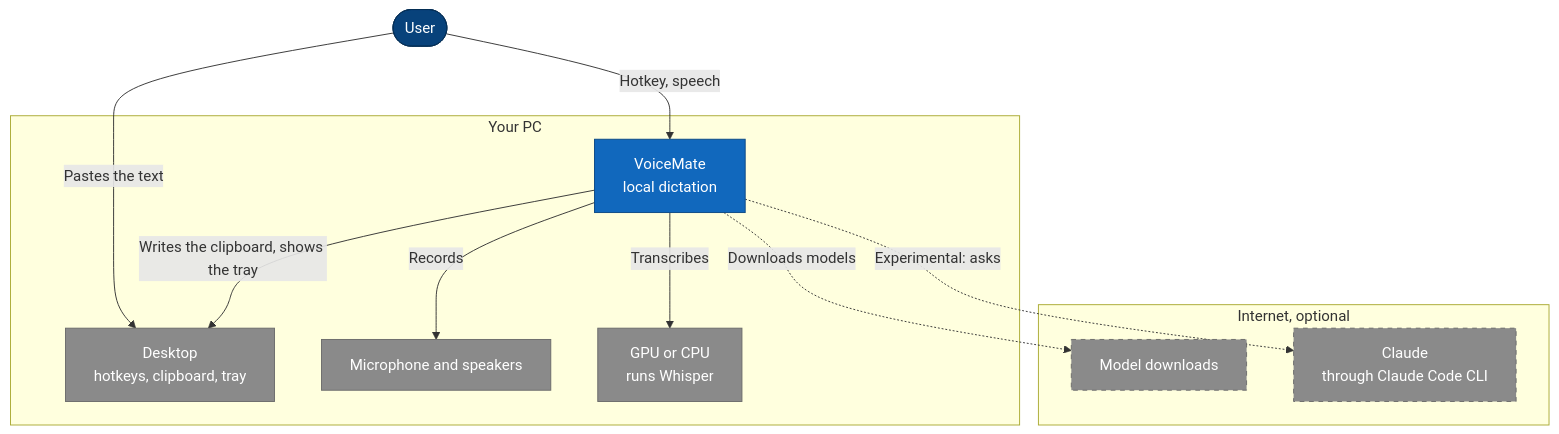
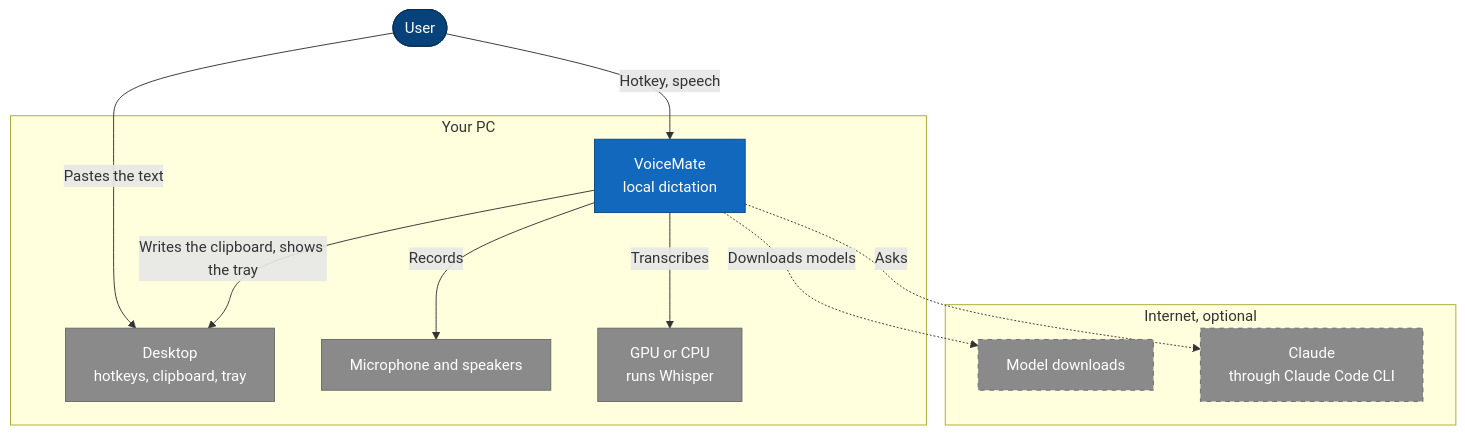
Before and after one commit to nano-br/voice-mate: the first of 6 diagrams in README.md, drawn with Mermaid. The commit also changed other lines of this file and 12 other files, not shown here.

````diff
--- a/README.md
+++ b/README.md
@@ -190,36 +200,36 @@
 ```mermaid
 flowchart TB
     user(["User"])
     subgraph pc["Your PC"]
         vm["VoiceMate<br/>local dictation"]
         desk["Desktop<br/>hotkeys, clipboard, tray"]
         audio["Microphone and speakers"]
         gpu["GPU or CPU<br/>runs Whisper"]
     end
     subgraph net["Internet, optional"]
         hub["Model downloads"]
         claude["Claude<br/>through Claude Code CLI"]
     end
     user -->|"Hotkey, speech"| vm
     user -->|"Pastes the text"| desk
     vm -->|"Writes the clipboard, shows the tray"| desk
     vm -->|"Records"| audio
     vm -->|"Transcribes"| gpu
     vm -.->|"Downloads models"| hub
-    vm -.->|"Experimental: asks"| claude
+    vm -.->|"Asks"| claude
 
     classDef person fill:#08427b,stroke:#052e56,color:#ffffff
     classDef system fill:#1168bd,stroke:#0b4884,color:#ffffff
     classDef container fill:#438dd5,stroke:#2e6295,color:#ffffff
     classDef component fill:#85bbf0,stroke:#5d82a8,color:#000000
     classDef store fill:#00838f,stroke:#005f66,color:#ffffff
     classDef external fill:#8a8a8a,stroke:#6b6b6b,color:#ffffff
     classDef optional fill:#8a8a8a,stroke:#6b6b6b,color:#ffffff,stroke-dasharray:5 5
     classDef ok fill:#2e7d32,stroke:#1b5e20,color:#ffffff
     classDef warn fill:#f9a825,stroke:#c17900,color:#000000
     classDef bad fill:#c0392b,stroke:#922b21,color:#ffffff
     class user person
     class vm system
     class desk,audio,gpu external
     class hub,claude optional
 ```
````
